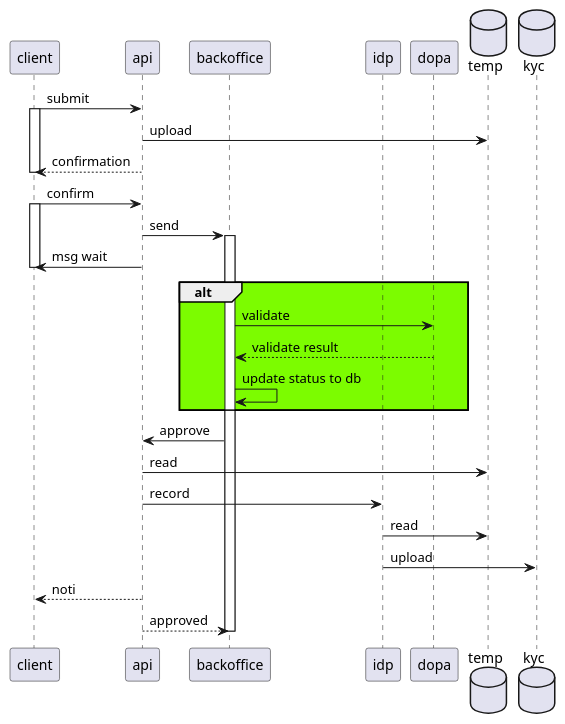
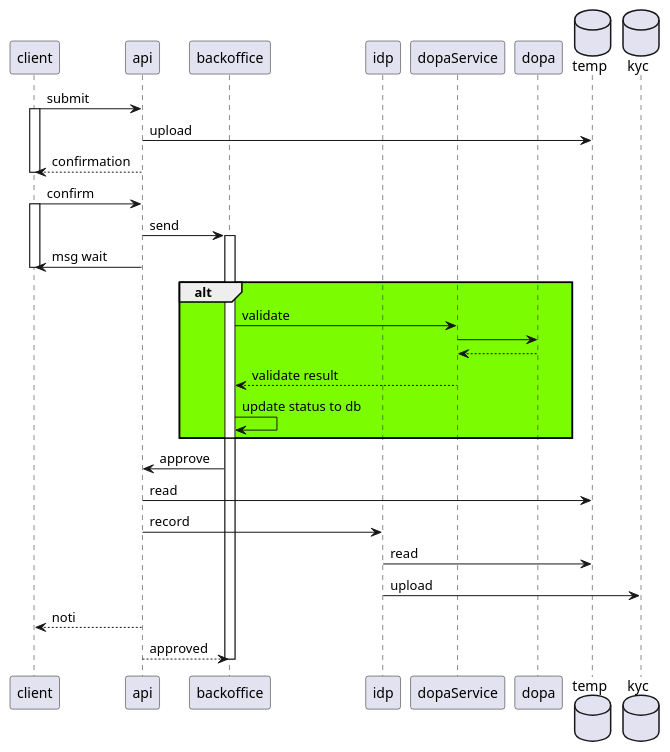
The diagram in kyc/kyc-sequence.puml (BugLordTO/cart-ideas), drawn with PlantUML before and after one commit. The commit also changed 2 other files, not shown here.

Commit message:
update kyc add service

```diff
--- a/kyc/kyc-sequence.puml
+++ b/kyc/kyc-sequence.puml
@@ -1,39 +1,42 @@
 @startuml kyc
 
 participant client
 participant api
 participant backoffice
 participant idp
+participant dopaService
 participant dopa
 database temp
 database kyc
 
 client -> api : submit
 activate client
 api -> temp : upload
 client <-- api : confirmation
 deactivate client
 
 client -> api : confirm
 activate client
 api -> backoffice : send
 activate backoffice
 client <- api : msg wait
 deactivate client
 
 alt #LawnGreen
-    backoffice -> dopa : validate
-    backoffice <-- dopa : validate result
+    backoffice -> dopaService : validate
+    dopaService -> dopa
+    dopaService <-- dopa
+    backoffice <-- dopaService : validate result
     backoffice -> backoffice : update status to db
 end
 
 api <- backoffice : approve
 api -> temp : read
 api -> idp : record
 idp -> temp : read
 idp -> kyc : upload
 client <-- api : noti
 api --> backoffice : approved
 deactivate backoffice
 
 @enduml
```
